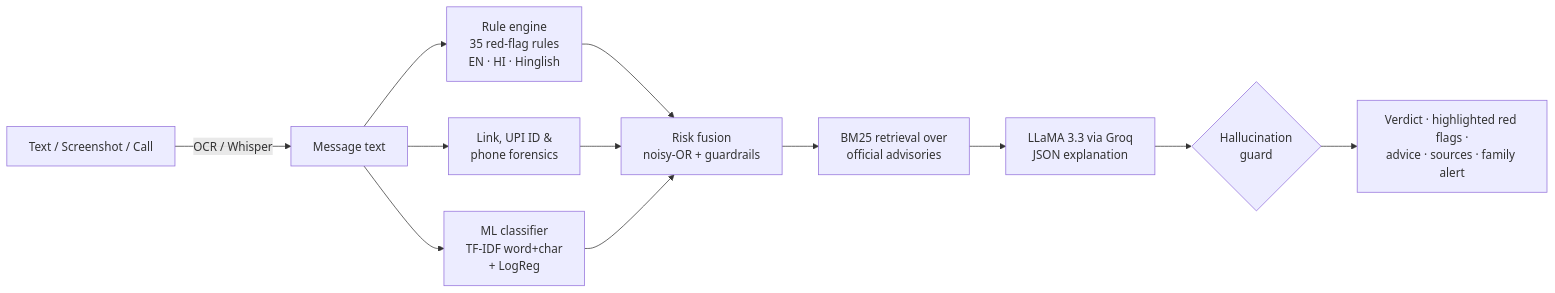
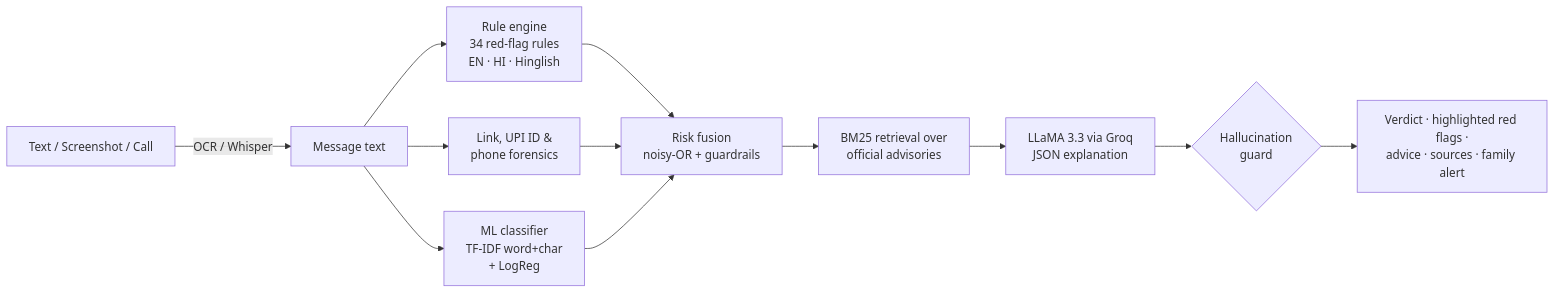
One commit to puckuz5/scamshield-india changed the diagram in README.md. Above: the diagram before and after it, drawn with Mermaid. The commit also changed other lines of this file, not shown here.

Commit message:
README: correct rule count

````diff
--- a/README.md
+++ b/README.md
@@ -30,12 +30,12 @@
 ```mermaid
 flowchart LR
     A[Text / Screenshot / Call] -->|OCR / Whisper| B[Message text]
-    B --> C[Rule engine<br/>35 red-flag rules<br/>EN · HI · Hinglish]
+    B --> C[Rule engine<br/>34 red-flag rules<br/>EN · HI · Hinglish]
     B --> D[Link, UPI ID &<br/>phone forensics]
     B --> E[ML classifier<br/>TF-IDF word+char<br/>+ LogReg]
     C & D & E --> F[Risk fusion<br/>noisy-OR + guardrails]
     F --> G[BM25 retrieval over<br/>official advisories]
     G --> H[LLaMA 3.3 via Groq<br/>JSON explanation]
     H --> I{Hallucination<br/>guard}
     I --> J[Verdict · highlighted red flags ·<br/>advice · sources · family alert]
 ```
````
